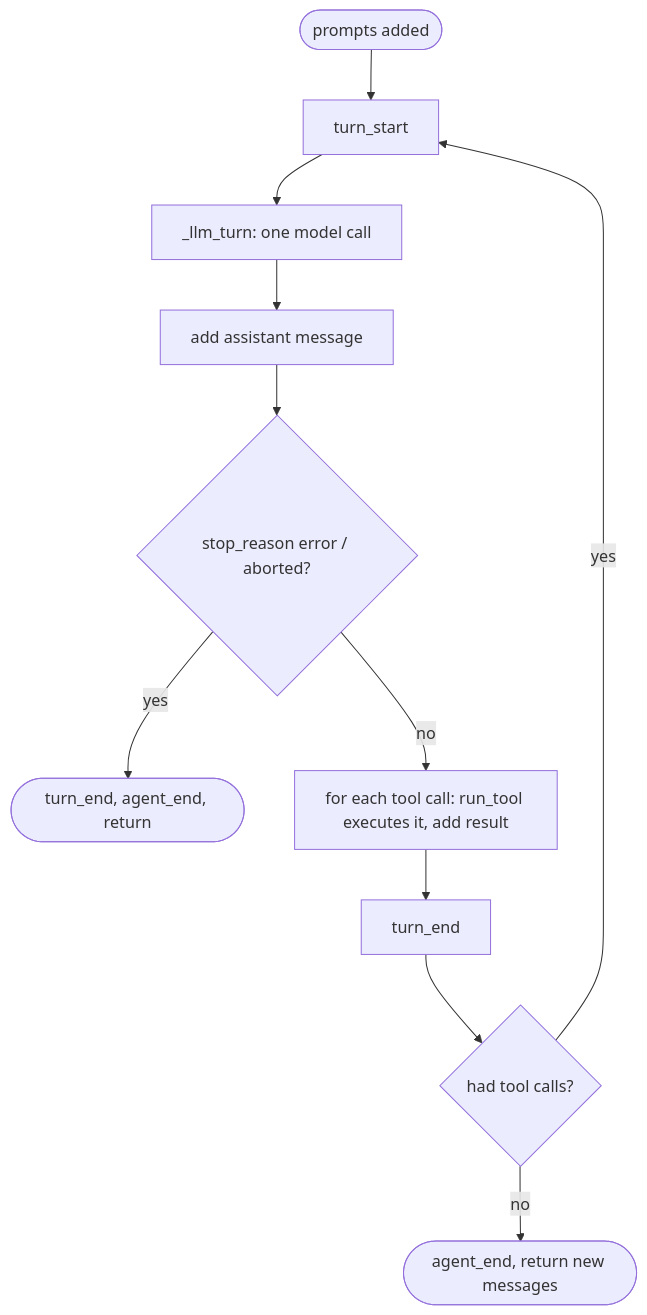
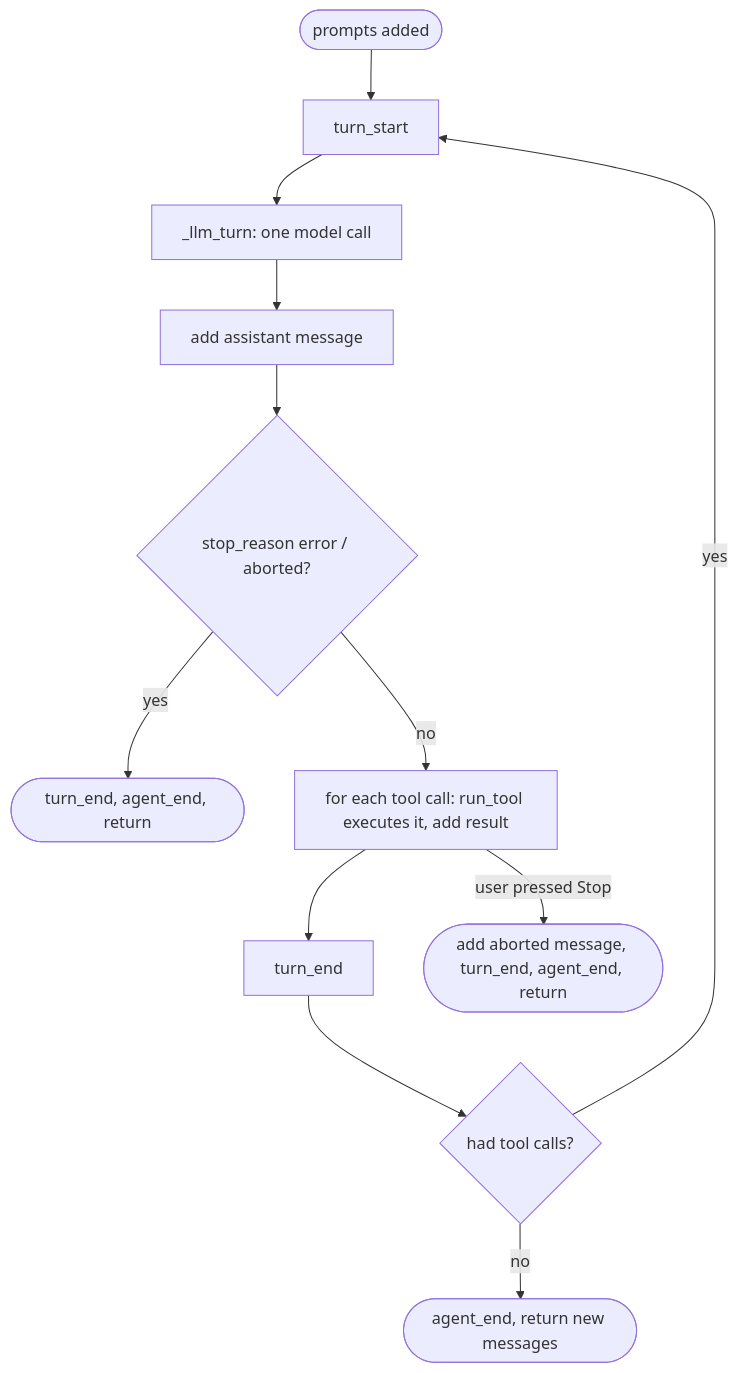
One commit to danhugo/simp-agent changed the fourth of 4 diagrams in docs/guidebook/05-agent-loop.md. Above: the diagram before and after it, drawn with Mermaid. The commit also changed other lines of this file and 1 other file, not shown here.

Commit message:
guidebook: ch05 one-shot pass (Stop text matches ch06, facts fixed, shorter)

````diff
--- a/docs/guidebook/05-agent-loop.md
+++ b/docs/guidebook/05-agent-loop.md
@@ -367,13 +360,14 @@
 ```mermaid
 flowchart TD
     S([prompts added]) --> T[turn_start]
     T --> L["_llm_turn: one model call"]
     L --> A[add assistant message]
     A --> X{stop_reason error / aborted?}
     X -- yes --> END([turn_end, agent_end, return])
     X -- no --> R[for each tool call: run_tool executes it, add result]
     R --> TE[turn_end]
     TE --> H{had tool calls?}
     H -- yes --> T
+    R -- user pressed Stop --> AB([add aborted message, turn_end, agent_end, return])
     H -- no --> END2([agent_end, return new messages])
 ```
````
